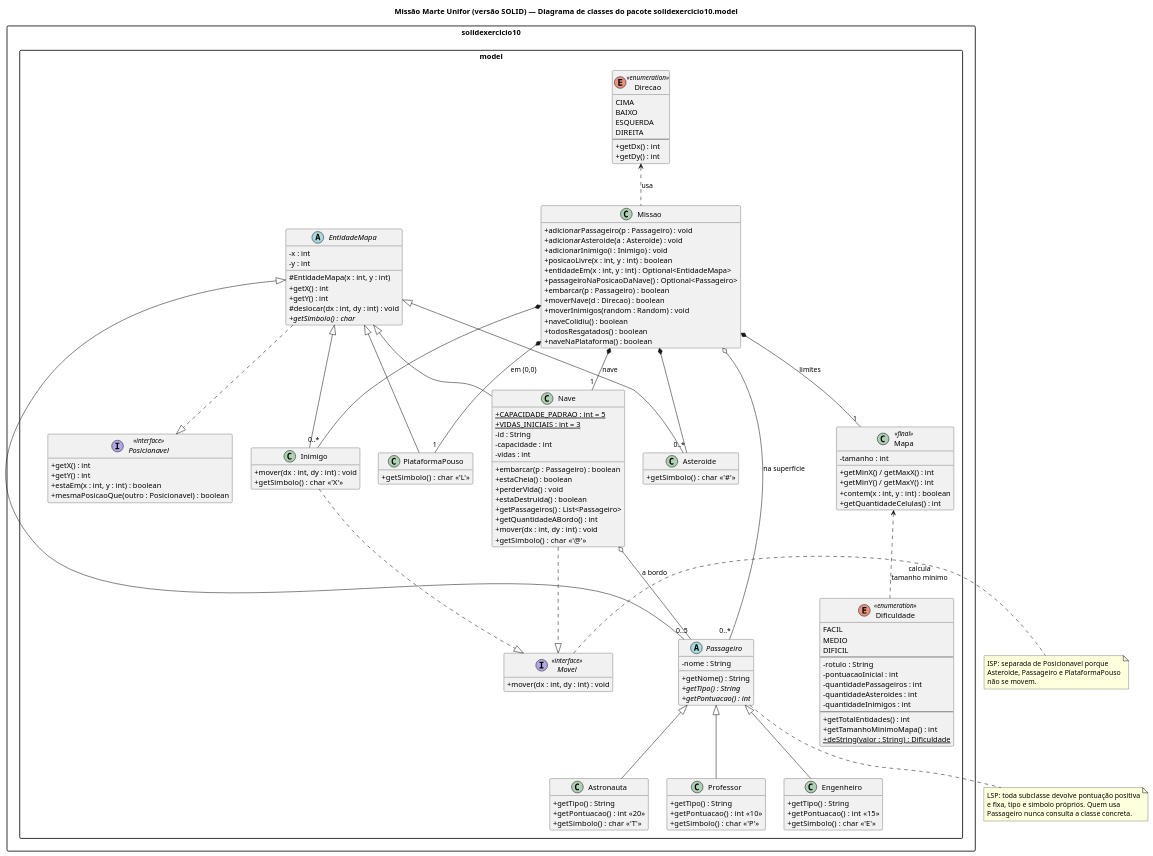
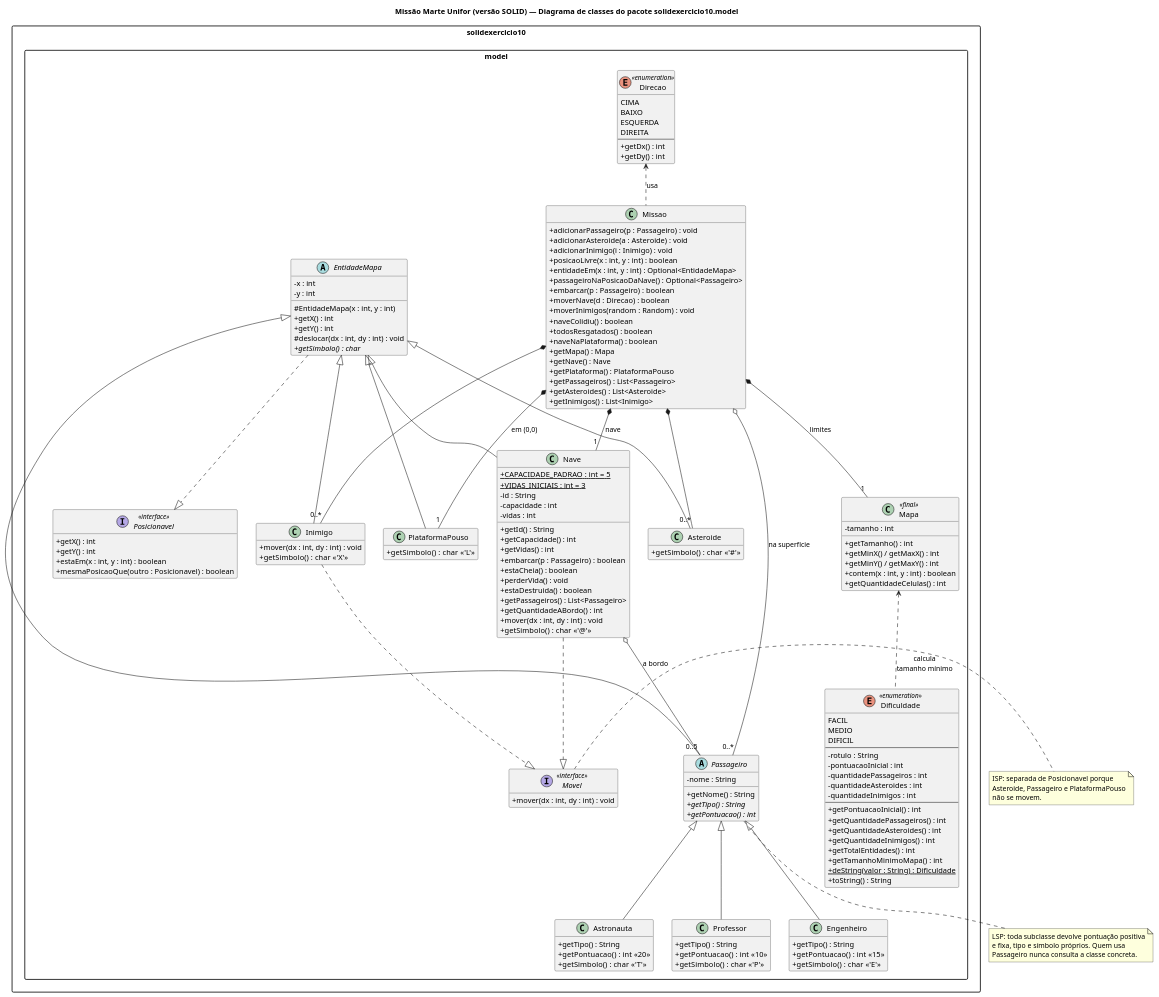
Before and after one commit to IgorD-Andrade/TrabalhoProjArtMissaoMarteSolid: the diagram in docs/uml/diagrama-classes-model.puml, drawn with PlantUML. The commit also changed 6 other files, not shown here.

```diff
--- a/docs/uml/diagrama-classes-model.puml
+++ b/docs/uml/diagrama-classes-model.puml
@@ -1,171 +1,186 @@
 @startuml diagrama-classes-model
 title Missão Marte Unifor (versão SOLID) — Diagrama de classes do pacote solidexercicio10.model
 
 skinparam classAttributeIconSize 0
 skinparam shadowing false
 skinparam packageStyle rectangle
 hide empty members
 
 package solidexercicio10.model {
 
   interface Posicionavel <<interface>> {
     + getX() : int
     + getY() : int
     + estaEm(x : int, y : int) : boolean
     + mesmaPosicaoQue(outro : Posicionavel) : boolean
   }
 
   interface Movel <<interface>> {
     + mover(dx : int, dy : int) : void
   }
 
   abstract class EntidadeMapa {
     - x : int
     - y : int
     # EntidadeMapa(x : int, y : int)
     + getX() : int
     + getY() : int
     # deslocar(dx : int, dy : int) : void
     + {abstract} getSimbolo() : char
   }
 
   abstract class Passageiro {
     - nome : String
     + getNome() : String
     + {abstract} getTipo() : String
     + {abstract} getPontuacao() : int
   }
 
   class Professor {
     + getTipo() : String
     + getPontuacao() : int  <<10>>
     + getSimbolo() : char  <<'P'>>
   }
 
   class Engenheiro {
     + getTipo() : String
     + getPontuacao() : int  <<15>>
     + getSimbolo() : char  <<'E'>>
   }
 
   class Astronauta {
     + getTipo() : String
     + getPontuacao() : int  <<20>>
     + getSimbolo() : char  <<'T'>>
   }
 
   class Nave {
     + {static} CAPACIDADE_PADRAO : int = 5
     + {static} VIDAS_INICIAIS : int = 3
     - id : String
     - capacidade : int
     - vidas : int
+    + getId() : String
+    + getCapacidade() : int
+    + getVidas() : int
     + embarcar(p : Passageiro) : boolean
     + estaCheia() : boolean
     + perderVida() : void
     + estaDestruida() : boolean
     + getPassageiros() : List<Passageiro>
     + getQuantidadeABordo() : int
     + mover(dx : int, dy : int) : void
     + getSimbolo() : char  <<'@'>>
   }
 
   class Asteroide {
     + getSimbolo() : char  <<'#'>>
   }
 
   class Inimigo {
     + mover(dx : int, dy : int) : void
     + getSimbolo() : char  <<'X'>>
   }
 
   class PlataformaPouso {
     + getSimbolo() : char  <<'L'>>
   }
 
   class Mapa <<final>> {
     - tamanho : int
+    + getTamanho() : int
     + getMinX() / getMaxX() : int
     + getMinY() / getMaxY() : int
     + contem(x : int, y : int) : boolean
     + getQuantidadeCelulas() : int
   }
 
   class Missao {
     + adicionarPassageiro(p : Passageiro) : void
     + adicionarAsteroide(a : Asteroide) : void
     + adicionarInimigo(i : Inimigo) : void
     + posicaoLivre(x : int, y : int) : boolean
     + entidadeEm(x : int, y : int) : Optional<EntidadeMapa>
     + passageiroNaPosicaoDaNave() : Optional<Passageiro>
     + embarcar(p : Passageiro) : boolean
     + moverNave(d : Direcao) : boolean
     + moverInimigos(random : Random) : void
     + naveColidiu() : boolean
     + todosResgatados() : boolean
     + naveNaPlataforma() : boolean
+    + getMapa() : Mapa
+    + getNave() : Nave
+    + getPlataforma() : PlataformaPouso
+    + getPassageiros() : List<Passageiro>
+    + getAsteroides() : List<Asteroide>
+    + getInimigos() : List<Inimigo>
   }
 
   enum Dificuldade <<enumeration>> {
     FACIL
     MEDIO
     DIFICIL
     --
     - rotulo : String
     - pontuacaoInicial : int
     - quantidadePassageiros : int
     - quantidadeAsteroides : int
     - quantidadeInimigos : int
     --
+    + getPontuacaoInicial() : int
+    + getQuantidadePassageiros() : int
+    + getQuantidadeAsteroides() : int
+    + getQuantidadeInimigos() : int
     + getTotalEntidades() : int
     + getTamanhoMinimoMapa() : int
     + {static} deString(valor : String) : Dificuldade
+    + toString() : String
   }
 
   enum Direcao <<enumeration>> {
     CIMA
     BAIXO
     ESQUERDA
     DIREITA
     --
     + getDx() : int
     + getDy() : int
   }
 }
 
 ' ---------------- herança e realização
 EntidadeMapa ..|> Posicionavel
 EntidadeMapa <|-- Passageiro
 Passageiro <|-- Professor
 Passageiro <|-- Engenheiro
 Passageiro <|-- Astronauta
 EntidadeMapa <|-- Nave
 EntidadeMapa <|-- Asteroide
 EntidadeMapa <|-- Inimigo
 EntidadeMapa <|-- PlataformaPouso
 Nave ..|> Movel
 Inimigo ..|> Movel
 
 ' ---------------- associações
 Missao *-- "1" Mapa : limites
 Missao *-- "1" Nave : nave
 Missao *-- "1" PlataformaPouso : em (0,0)
 Missao o-- "0..*" Passageiro : na superfície
 Missao *-- "0..*" Asteroide
 Missao *-- "0..*" Inimigo
 Nave o-- "0..5" Passageiro : a bordo
 Missao .up.> Direcao : usa
 Dificuldade .up.> Mapa : calcula\ntamanho mínimo
 
 note bottom of Passageiro
   LSP: toda subclasse devolve pontuação positiva
   e fixa, tipo e símbolo próprios. Quem usa
   Passageiro nunca consulta a classe concreta.
 end note
 
 note right of Movel
   ISP: separada de Posicionavel porque
   Asteroide, Passageiro e PlataformaPouso
   não se movem.
 end note
 @enduml
```
